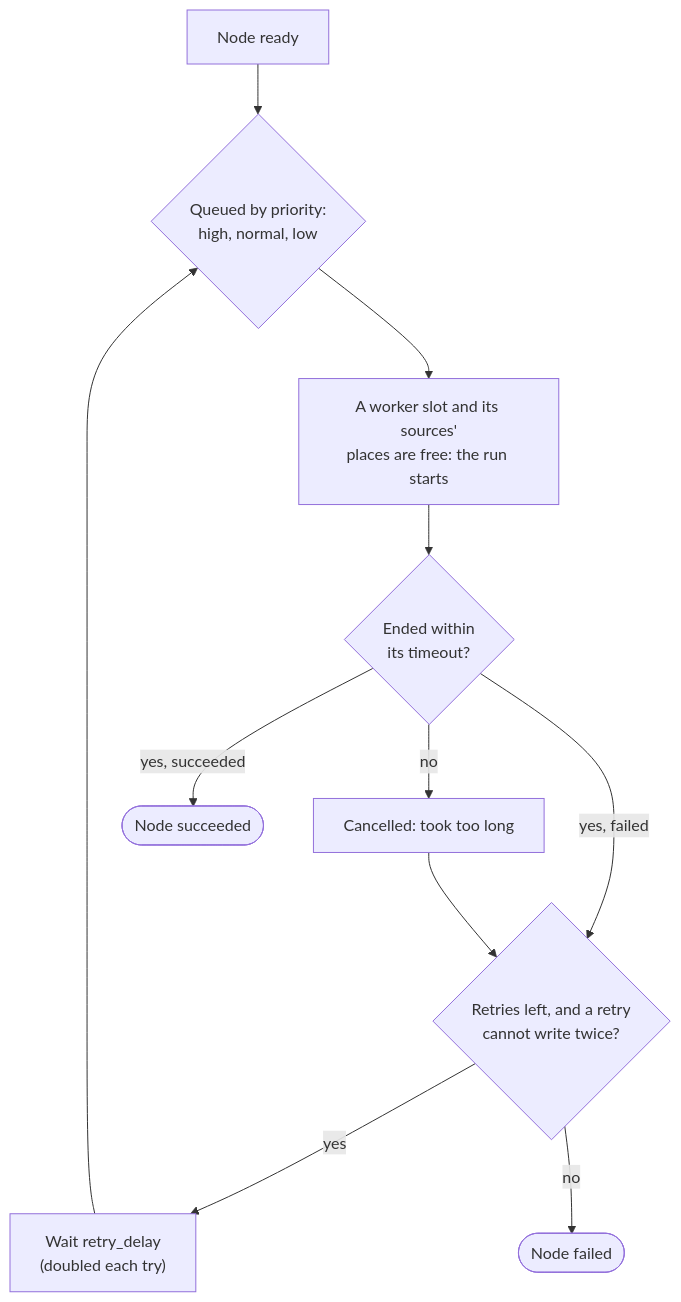
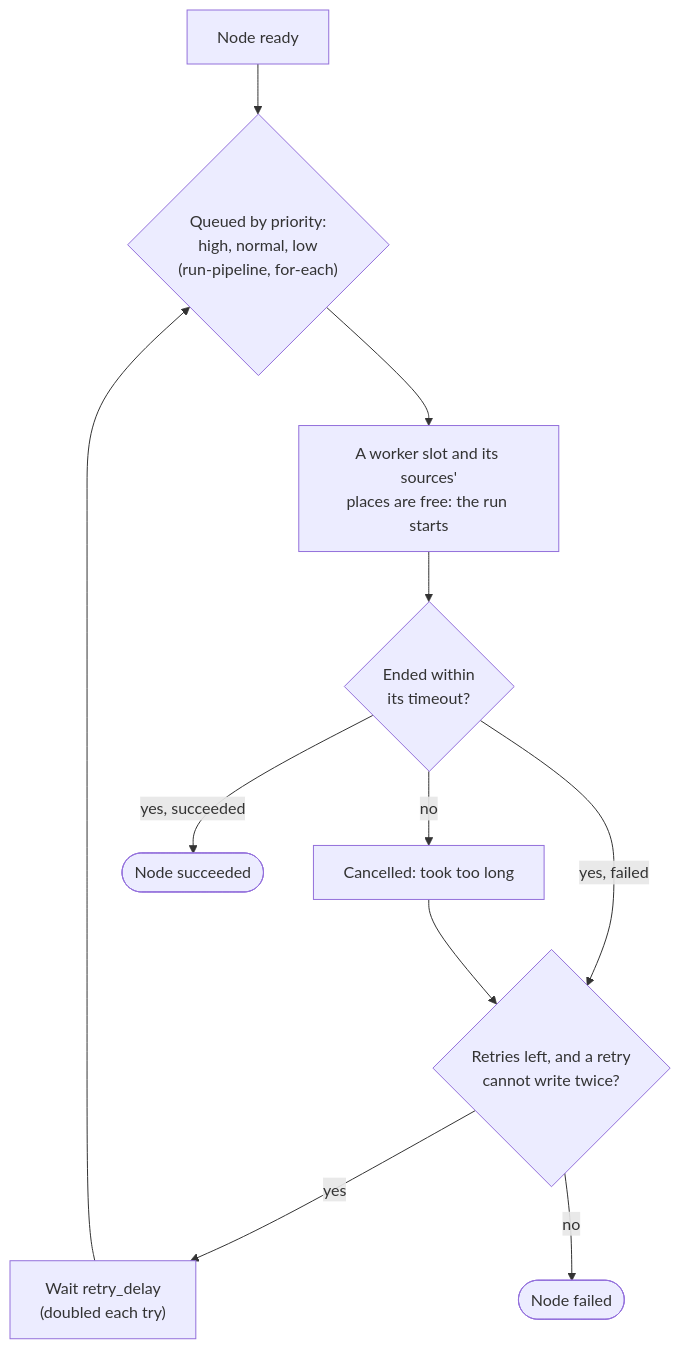
One commit to jporeilly/KilnMark changed the first of 3 diagrams in docs/design/flow-controls.md. Above: the diagram before and after it, drawn with Mermaid. The commit also changed other lines of this file and 19 other files, not shown here.

First line of the commit message:
Flow controls C5: a node's priority

````diff
--- a/docs/design/flow-controls.md
+++ b/docs/design/flow-controls.md
@@ -9,12 +9,12 @@
 ```mermaid
 flowchart TD
-  A["Node ready"] --> P{"Queued by priority:<br/>high, normal, low"}
+  A["Node ready"] --> P{"Queued by priority:<br/>high, normal, low<br/>(run-pipeline, for-each)"}
   P --> S["A worker slot and its sources'<br/>places are free: the run starts"]
   S --> T{"Ended within<br/>its timeout?"}
   T -- "no" --> X["Cancelled: took too long"]
   T -- "yes, succeeded" --> OK(["Node succeeded"])
   T -- "yes, failed" --> R{"Retries left, and a retry<br/>cannot write twice?"}
   X --> R
   R -- "yes" --> W["Wait retry_delay<br/>(doubled each try)"] --> P
   R -- "no" --> F(["Node failed"])
 ```
````
